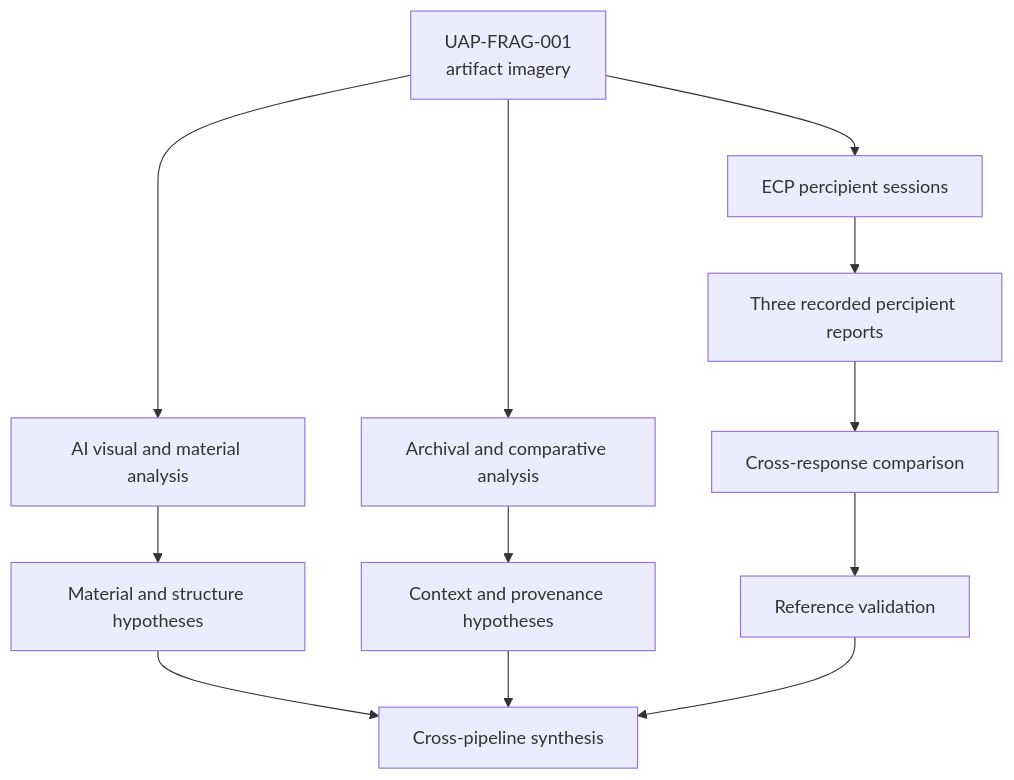
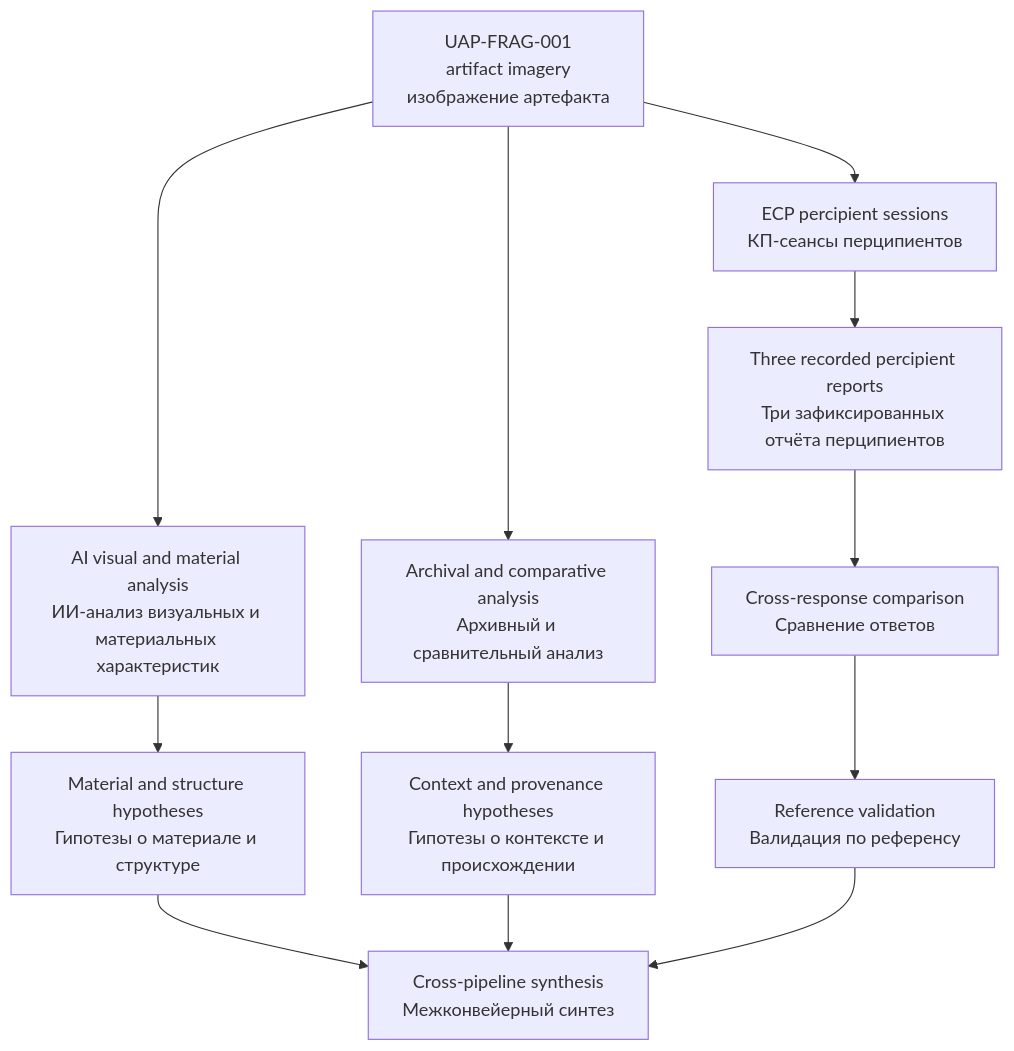
Before and after one commit to AdvancedScientificResearchProjects/UAP_Reverse_Engineering_Study: the first of 4 diagrams in README.md, drawn with Mermaid. The commit also changed other lines of this file and 2 other files, not shown here.

First line of the commit message:
docs: bilingual fixes, НЛО to НАЯ, mermaid translations, email corrections

````diff
--- a/README.md
+++ b/README.md
@@ -92,14 +92,14 @@
 ```mermaid
 flowchart TB
-    A[UAP-FRAG-001<br/>artifact imagery] --> B[AI visual and material analysis]
-    A --> C[Archival and comparative analysis]
-    A --> D[ECP percipient sessions]
-    D --> E[Three recorded percipient reports]
-    E --> F[Cross-response comparison]
-    B --> G[Material and structure hypotheses]
-    C --> H[Context and provenance hypotheses]
-    F --> I[Reference validation]
-    G --> J[Cross-pipeline synthesis]
+    A[UAP-FRAG-001<br/>artifact imagery<br/>изображение артефакта] --> B[AI visual and material analysis<br/>ИИ-анализ визуальных и материальных характеристик]
+    A --> C[Archival and comparative analysis<br/>Архивный и сравнительный анализ]
+    A --> D[ECP percipient sessions<br/>КП-сеансы перципиентов]
+    D --> E[Three recorded percipient reports<br/>Три зафиксированных отчёта перципиентов]
+    E --> F[Cross-response comparison<br/>Сравнение ответов]
+    B --> G[Material and structure hypotheses<br/>Гипотезы о материале и структуре]
+    C --> H[Context and provenance hypotheses<br/>Гипотезы о контексте и происхождении]
+    F --> I[Reference validation<br/>Валидация по референсу]
+    G --> J[Cross-pipeline synthesis<br/>Межконвейерный синтез]
     H --> J
     I --> J
 ```
````
